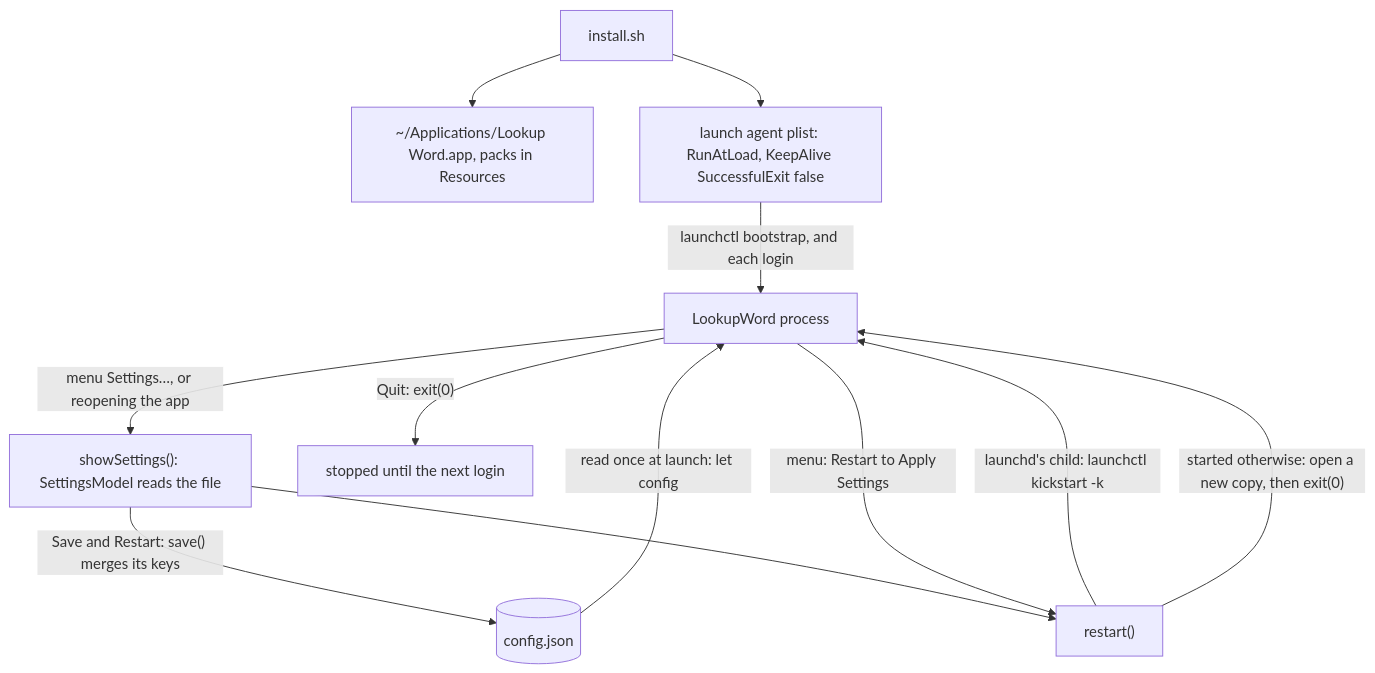
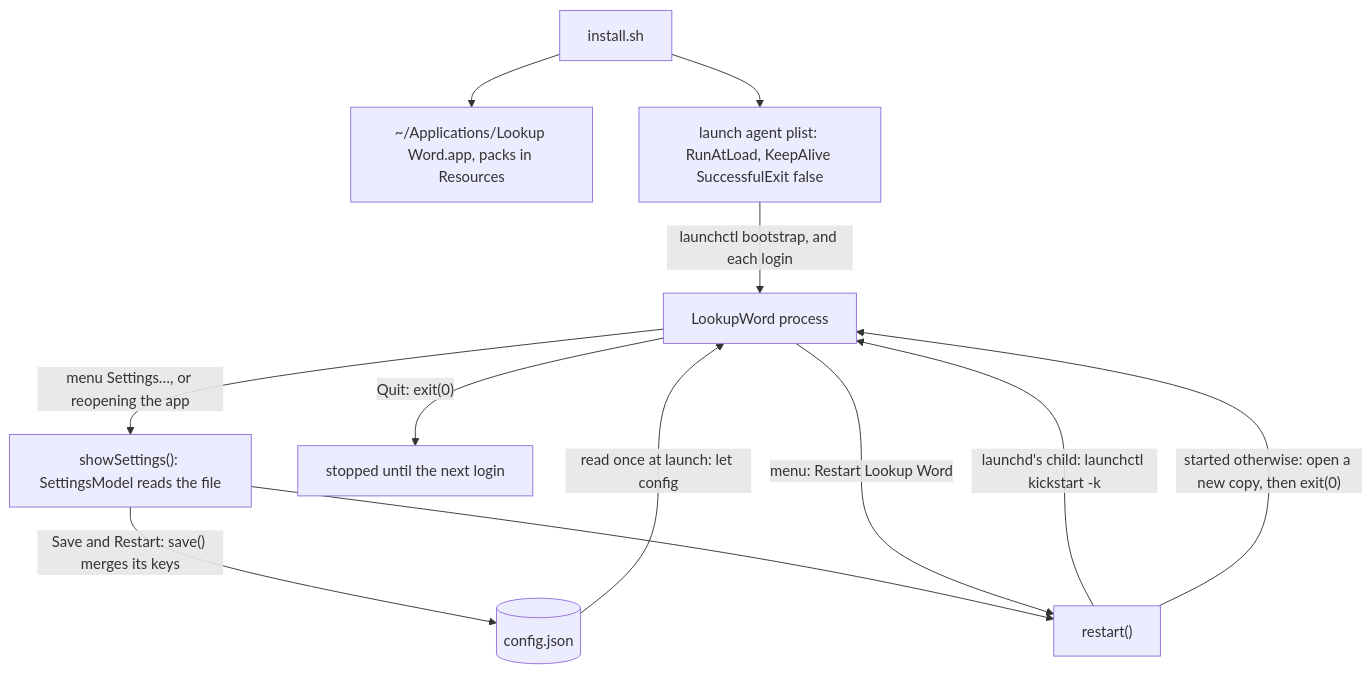
Before and after one commit to gregth/lookup-word: the fifth of 5 diagrams in docs/DESIGN.md, drawn with Mermaid. The commit also changed 4 other files, not shown here.

````diff
--- a/docs/DESIGN.md
+++ b/docs/DESIGN.md
@@ -152,14 +152,14 @@
 ```mermaid
 flowchart TD
   IS["install.sh"] --> APP["~/Applications/Lookup Word.app, packs in Resources"]
   IS --> PL["launch agent plist: RunAtLoad, KeepAlive SuccessfulExit false"]
   PL -->|"launchctl bootstrap, and each login"| P["LookupWord process"]
   CF[("config.json")] -->|"read once at launch: let config"| P
   P -->|"menu Settings…, or reopening the app"| SW["showSettings(): SettingsModel reads the file"]
   SW -->|"Save and Restart: save() merges its keys"| CF
   SW --> RS["restart()"]
-  P -->|"menu: Restart to Apply Settings"| RS
+  P -->|"menu: Restart Lookup Word"| RS
   RS -->|"launchd's child: launchctl kickstart -k"| P
   RS -->|"started otherwise: open a new copy, then exit(0)"| P
   P -->|"Quit: exit(0)"| STOP["stopped until the next login"]
 ```
````
